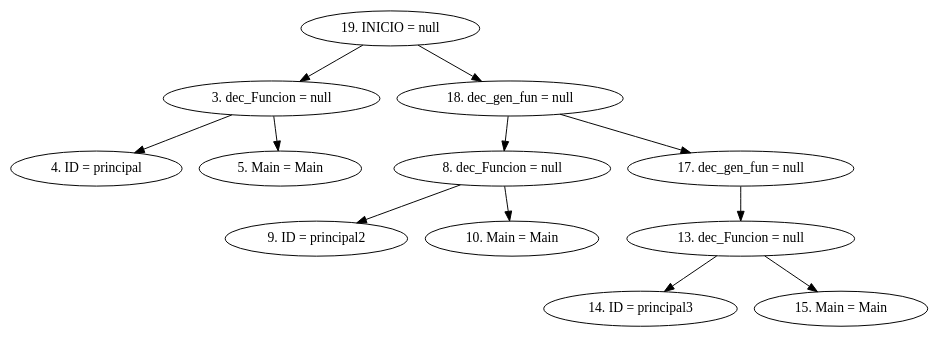
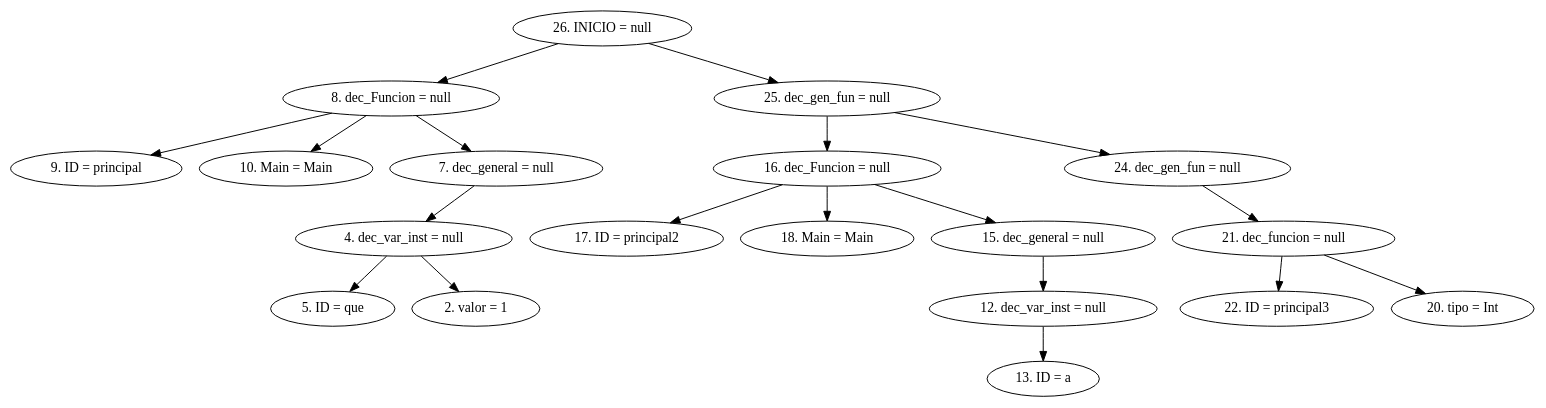
Before and after one commit to CarlosSosVos/NACHTs: the diagram in AST.dot, drawn with Graphviz. The commit also changed 12 other files, not shown here.

```diff
--- a/AST.dot
+++ b/AST.dot
@@ -1,15 +1,22 @@
 digraph G {
-"19. INICIO = null"->"3. dec_Funcion = null"
-"3. dec_Funcion = null"->"4. ID = principal"
-"3. dec_Funcion = null"->"5. Main = Main"
-"19. INICIO = null"->"18. dec_gen_fun = null"
-"18. dec_gen_fun = null"->"8. dec_Funcion = null"
-"8. dec_Funcion = null"->"9. ID = principal2"
+"26. INICIO = null"->"8. dec_Funcion = null"
+"8. dec_Funcion = null"->"9. ID = principal"
 "8. dec_Funcion = null"->"10. Main = Main"
-"18. dec_gen_fun = null"->"17. dec_gen_fun = null"
-"17. dec_gen_fun = null"->"13. dec_Funcion = null"
-"13. dec_Funcion = null"->"14. ID = principal3"
-"13. dec_Funcion = null"->"15. Main = Main"
+"8. dec_Funcion = null"->"7. dec_general = null"
+"7. dec_general = null"->"4. dec_var_inst = null"
+"4. dec_var_inst = null"->"5. ID = que"
+"4. dec_var_inst = null"->"2. valor = 1"
+"26. INICIO = null"->"25. dec_gen_fun = null"
+"25. dec_gen_fun = null"->"16. dec_Funcion = null"
+"16. dec_Funcion = null"->"17. ID = principal2"
+"16. dec_Funcion = null"->"18. Main = Main"
+"16. dec_Funcion = null"->"15. dec_general = null"
+"15. dec_general = null"->"12. dec_var_inst = null"
+"12. dec_var_inst = null"->"13. ID = a"
+"25. dec_gen_fun = null"->"24. dec_gen_fun = null"
+"24. dec_gen_fun = null"->"21. dec_funcion = null"
+"21. dec_funcion = null"->"22. ID = principal3"
+"21. dec_funcion = null"->"20. tipo = Int"
 
 
 }
```
